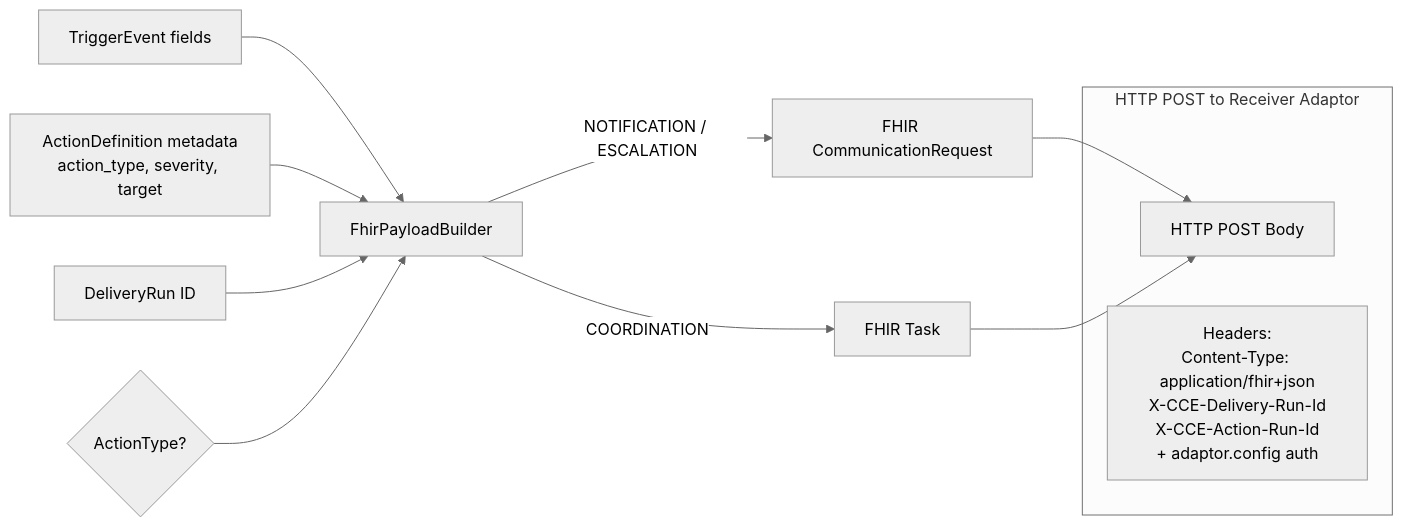
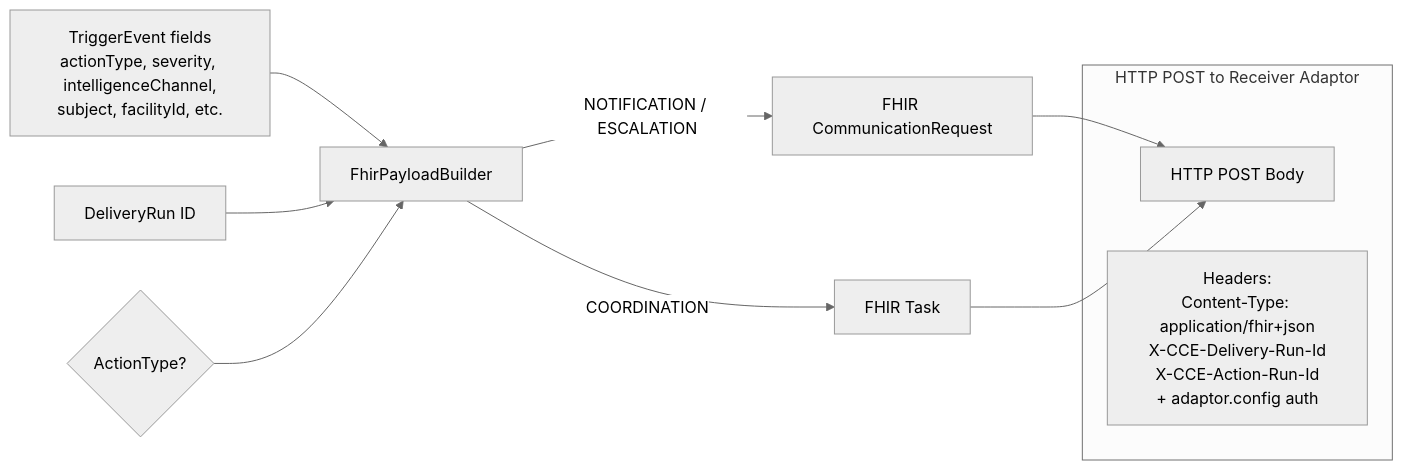
Before and after one commit to Jayaprakash8887/cce-intelligence-service: the seventh of 13 diagrams in docs/flow-diagrams.md, drawn with Mermaid (neutral theme). The commit also changed other lines of this file and 6 other files, not shown here.

Commit message:
documentation update with channel instead of target and FHIR rep of receiver adaptors

````diff
--- a/docs/flow-diagrams.md
+++ b/docs/flow-diagrams.md
@@ -209,16 +235,15 @@
 ```mermaid
 flowchart LR
-    TE["TriggerEvent fields"] --> FB[FhirPayloadBuilder]
-    AD["ActionDefinition metadata<br/>action_type, severity, target"] --> FB
+    TE["TriggerEvent fields<br/>actionType, severity, intelligenceChannel,<br/>subject, facilityId, etc."] --> FB[FhirPayloadBuilder]
     DRI["DeliveryRun ID"] --> FB
     AT{"ActionType?"} --> FB
     FB -->|NOTIFICATION / ESCALATION| CR["FHIR CommunicationRequest"]
     FB -->|COORDINATION| TK["FHIR Task"]
     CR --> H[HTTP POST Body]
     TK --> H
 
     subgraph "HTTP POST to Receiver Adaptor"
         H
         Headers["Headers:<br/>Content-Type: application/fhir+json<br/>X-CCE-Delivery-Run-Id<br/>X-CCE-Action-Run-Id<br/>+ adaptor.config auth"]
     end
 ```
````
